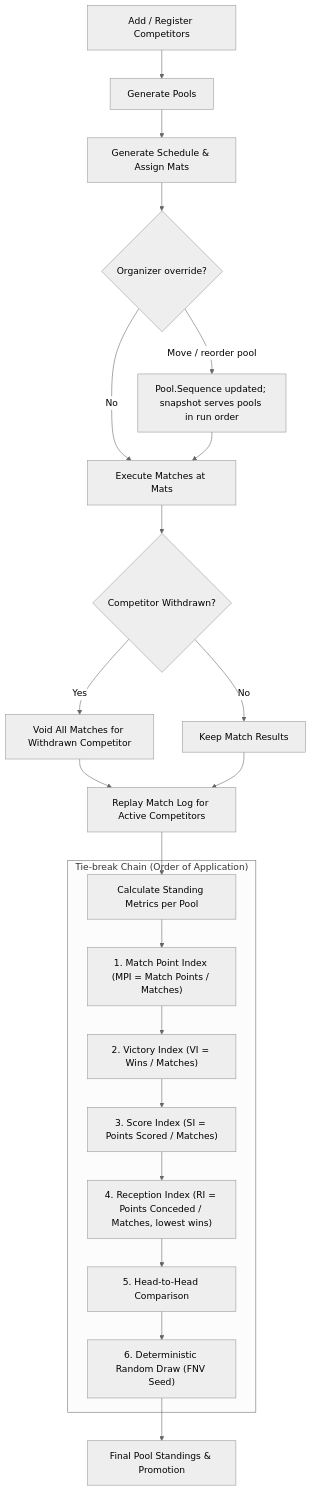
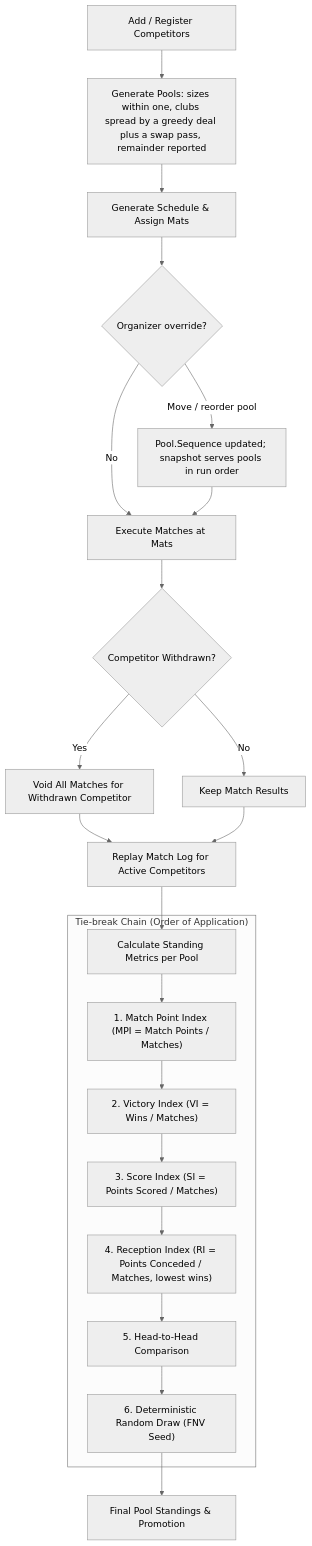
One commit to fylke/porta-di-ferro changed the fourth of 5 diagrams in docs/architecture.md. Above: the diagram before and after it, drawn with Mermaid (neutral theme). The commit also changed 4 other files, not shown here.

````diff
--- a/docs/architecture.md
+++ b/docs/architecture.md
@@ -126,28 +126,28 @@
 ```mermaid
 flowchart TD
-    A[Add / Register Competitors] --> B[Generate Pools]
+    A[Add / Register Competitors] --> B[Generate Pools: sizes within one, clubs spread by a greedy deal plus a swap pass, remainder reported]
     B --> C[Generate Schedule & Assign Mats]
     C --> C2{Organizer override?}
     C2 -- Move / reorder pool --> C3[Pool.Sequence updated; snapshot serves pools in run order]
     C2 -- No --> D
     C3 --> D[Execute Matches at Mats]
     D --> E{Competitor Withdrawn?}
 
     E -- Yes --> F[Void All Matches for Withdrawn Competitor]
     E -- No --> G[Keep Match Results]
     F --> H[Replay Match Log for Active Competitors]
     G --> H
 
     H --> I[Calculate Standing Metrics per Pool]
 
     subgraph RankingChain["Tie-break Chain (Order of Application)"]
         I --> J1["1. Match Point Index (MPI = Match Points / Matches)"]
         J1 --> J2["2. Victory Index (VI = Wins / Matches)"]
         J2 --> J3["3. Score Index (SI = Points Scored / Matches)"]
         J3 --> J4["4. Reception Index (RI = Points Conceded / Matches, lowest wins)"]
         J4 --> J5["5. Head-to-Head Comparison"]
         J5 --> J6["6. Deterministic Random Draw (FNV Seed)"]
     end
 
     J6 --> K[Final Pool Standings & Promotion]
 ```
````
